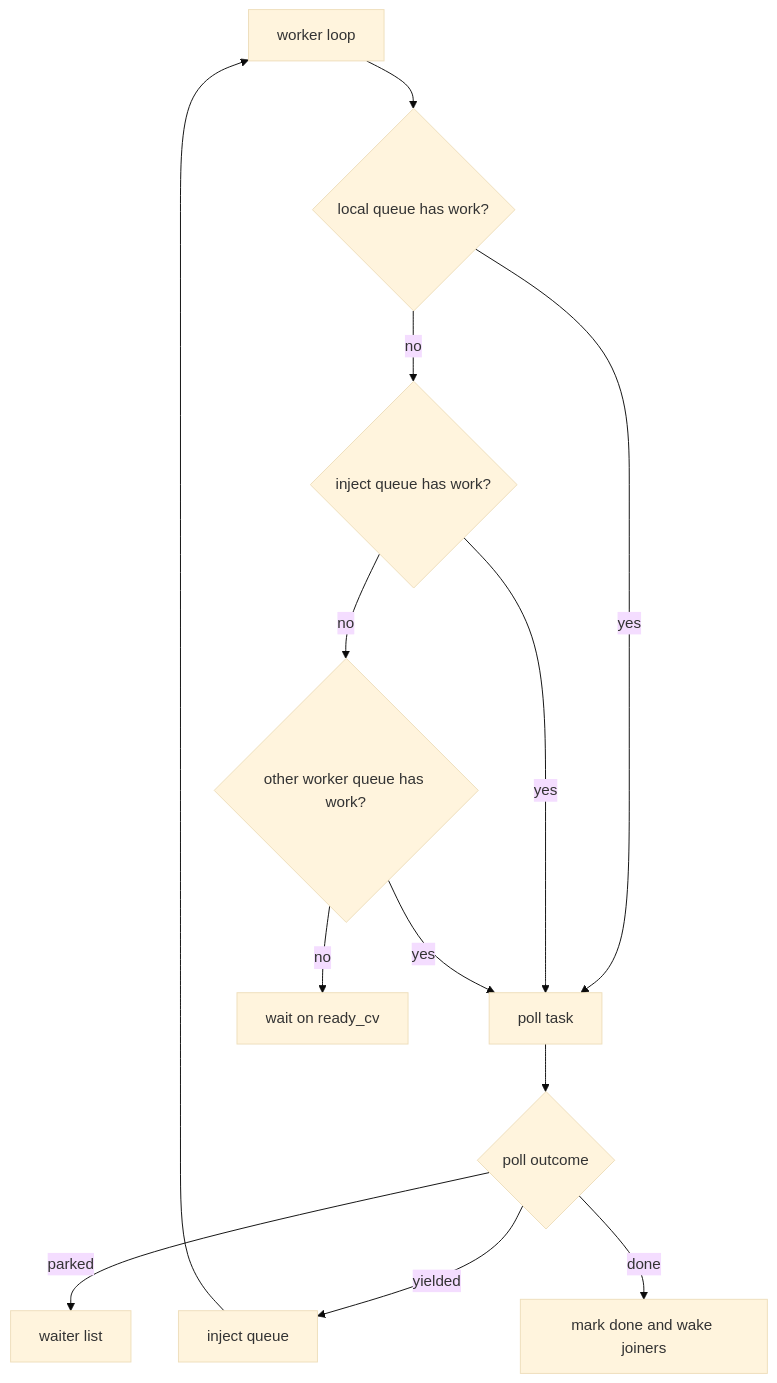
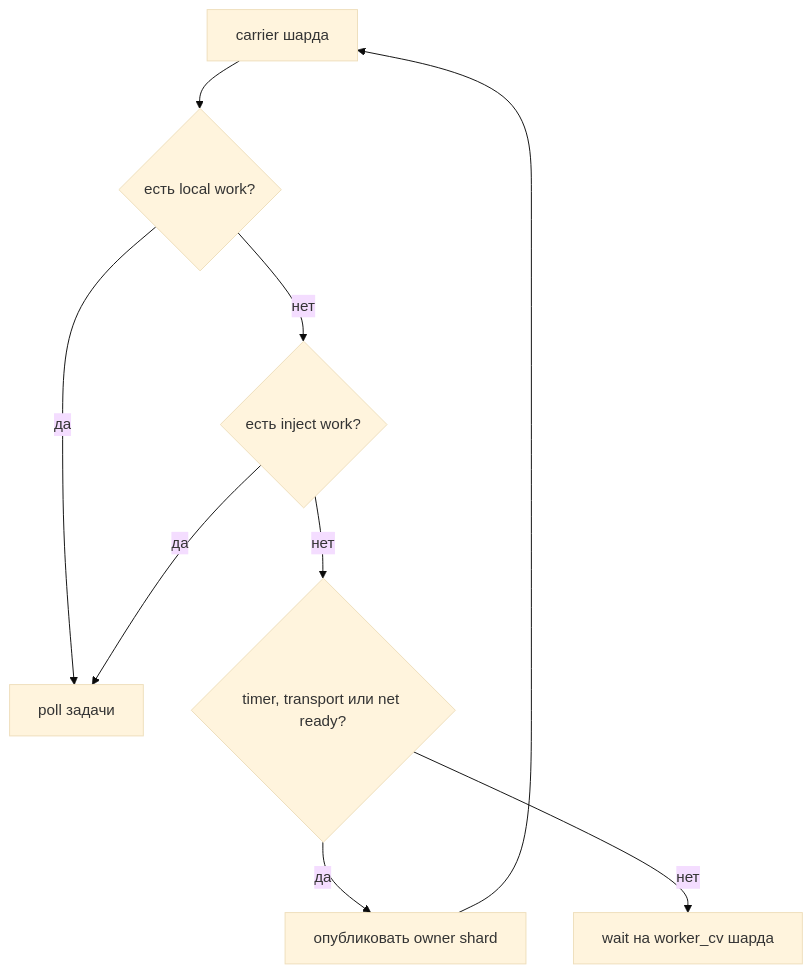
Before and after one commit to vovakirdan/surge: the fourth of 5 diagrams in docs/RUNTIME.ru.md, drawn with Mermaid (base theme). The commit also changed other lines of this file and 633 other files, not shown here.

````diff
--- a/docs/RUNTIME.ru.md
+++ b/docs/RUNTIME.ru.md
@@ -171,16 +182,11 @@
 ```mermaid
 flowchart TD
-    Worker[worker loop] --> Local{local queue has work?}
-    Local -->|yes| Poll[poll task]
-    Local -->|no| Inject{inject queue has work?}
-    Inject -->|yes| Poll
-    Inject -->|no| Steal{other worker queue has work?}
-    Steal -->|yes| Poll
-    Steal -->|no| Sleep[wait on ready_cv]
-
-    Poll --> Outcome{poll outcome}
-    Outcome -->|yielded| Requeue[inject queue]
-    Outcome -->|parked| Waiter[waiter list]
-    Outcome -->|done| Complete[mark done and wake joiners]
-    Requeue --> Worker
+    Carrier[carrier шарда] --> Local{есть local work?}
+    Local -->|да| Poll[poll задачи]
+    Local -->|нет| Inject{есть inject work?}
+    Inject -->|да| Poll
+    Inject -->|нет| Service{timer, transport или net ready?}
+    Service -->|да| Publish[опубликовать owner shard]
+    Service -->|нет| Sleep[wait на worker_cv шарда]
+    Publish --> Carrier
 ```
````
